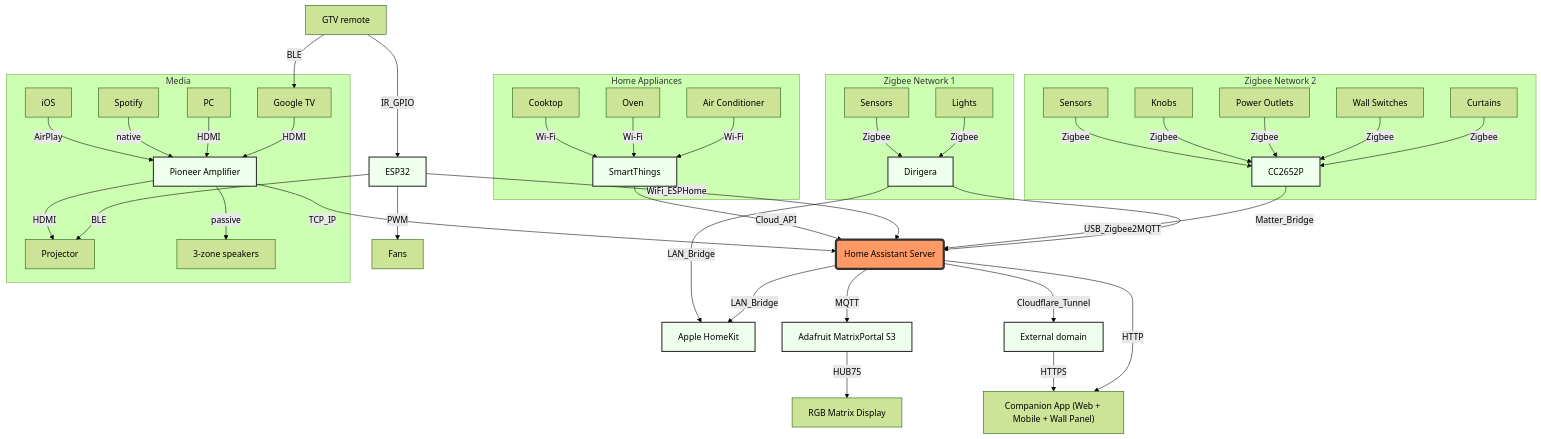
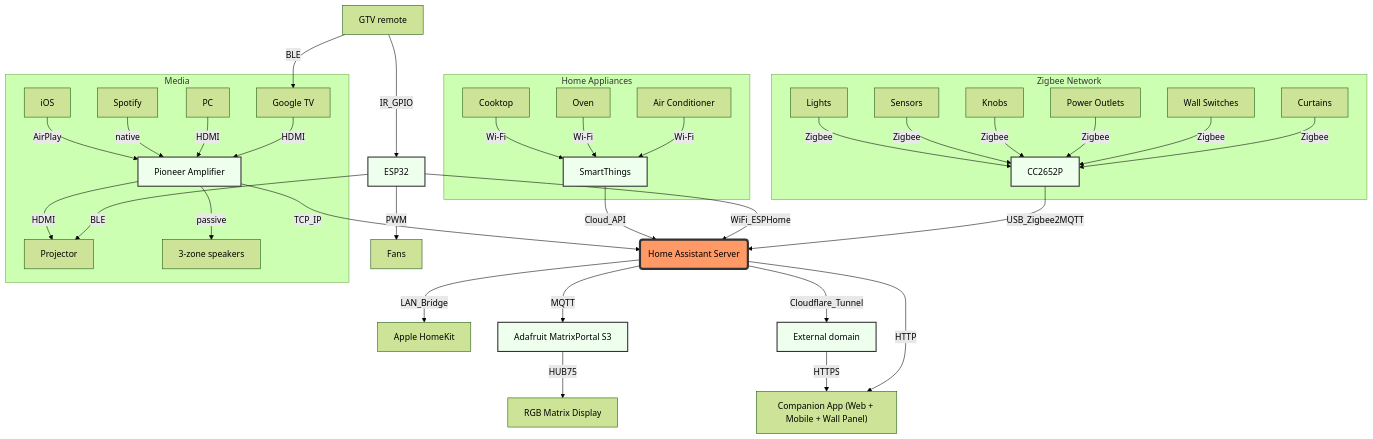
The first of 2 diagrams in README.md (skdw/home-assistant-config), drawn with Mermaid (forest theme) before and after one commit. The commit also changed other lines of this file, not shown here.

Commit message:
Remove Dirigera hub

````diff
--- a/README.md
+++ b/README.md
@@ -15,73 +15,67 @@
 ```mermaid
 graph TD
     %% Define styles for different device types
     classDef server fill:#f96,stroke:#333,stroke-width:4px;
     classDef integration fill:#EFE,stroke:#333,stroke-width:2px;
 
     %% --- Node Definitions ---
     S(Home Assistant Server)
 
 
     %% --- Connections to Coordinators/Devices ---
-    subgraph "Zigbee Network 1"
-      Dirigera
-      Lights --Zigbee--> Dirigera
-      Sensors --Zigbee--> Dirigera
-    end
-    subgraph "Zigbee Network 2"
+    subgraph "Zigbee Network"
       CC2652P
       Curtains --Zigbee--> CC2652P
       WS["Wall Switches"] --Zigbee--> CC2652P
       PO["Power Outlets"] --Zigbee--> CC2652P
       KN["Knobs"] --Zigbee--> CC2652P
       S1["Sensors"] --Zigbee--> CC2652P
+      Lights --Zigbee--> CC2652P
     end
     
     IR["GTV remote"] --IR_GPIO--> ESP32
     ESP32 --PWM--> Fans
     ESP32 --BLE--> Pr
     IR --BLE--> GTV
  
     %% --- Media connections ---
     subgraph "Media"
       GTV["Google TV"] --HDMI--> Onkyo
       PC["PC"] --HDMI--> Onkyo
       Spotify --native--> Onkyo
       iOS --AirPlay--> Onkyo
       Onkyo --passive--> SP["3-zone speakers"]
       Onkyo --HDMI--> Pr["Projector"]
     end
 
     %% --- Connections to SmartThings ---
     subgraph "Home Appliances"
       AC["Air Conditioner"] --Wi-Fi--> SM
       Oven --Wi-Fi--> SM
       Cooktop --Wi-Fi--> SM
     end   
 
     %% --- Connections to Server ---
-    Dirigera --Matter_Bridge--> S
     CC2652P --USB_Zigbee2MQTT--> S
     ESP32 --WiFi_ESPHome--> S
     SM["SmartThings"] --Cloud_API--> S
     Onkyo["Pioneer Amplifier"] --TCP_IP--> S
     
     %% --- Connections from Server ---
     S --LAN_Bridge--> AH["Apple HomeKit"]
     S --Cloudflare_Tunnel--> I["External domain"]
     S --MQTT--> MP["Adafruit MatrixPortal S3"]
     
     %% Output
-    Dirigera --LAN_Bridge--> AH
     MP --HUB75--> RGB["RGB Matrix Display"]
     S --HTTP--> CA["Companion App (Web + Mobile + Wall Panel)"]
     I --HTTPS--> CA
 
     %% Apply Styles
     class S server;
-    class Dirigera,CC2652P,SM,Onkyo,ESP32,AH,MP,I integration;
+    class CC2652P,SM,Onkyo,ESP32,MP,I integration;
 
     %% Add a clickable link to the server node
     %% click S "[https://www.home-assistant.io/](https://www.home-assistant.io/)" "Visit the Home Assistant Website"
 
 ```
````
